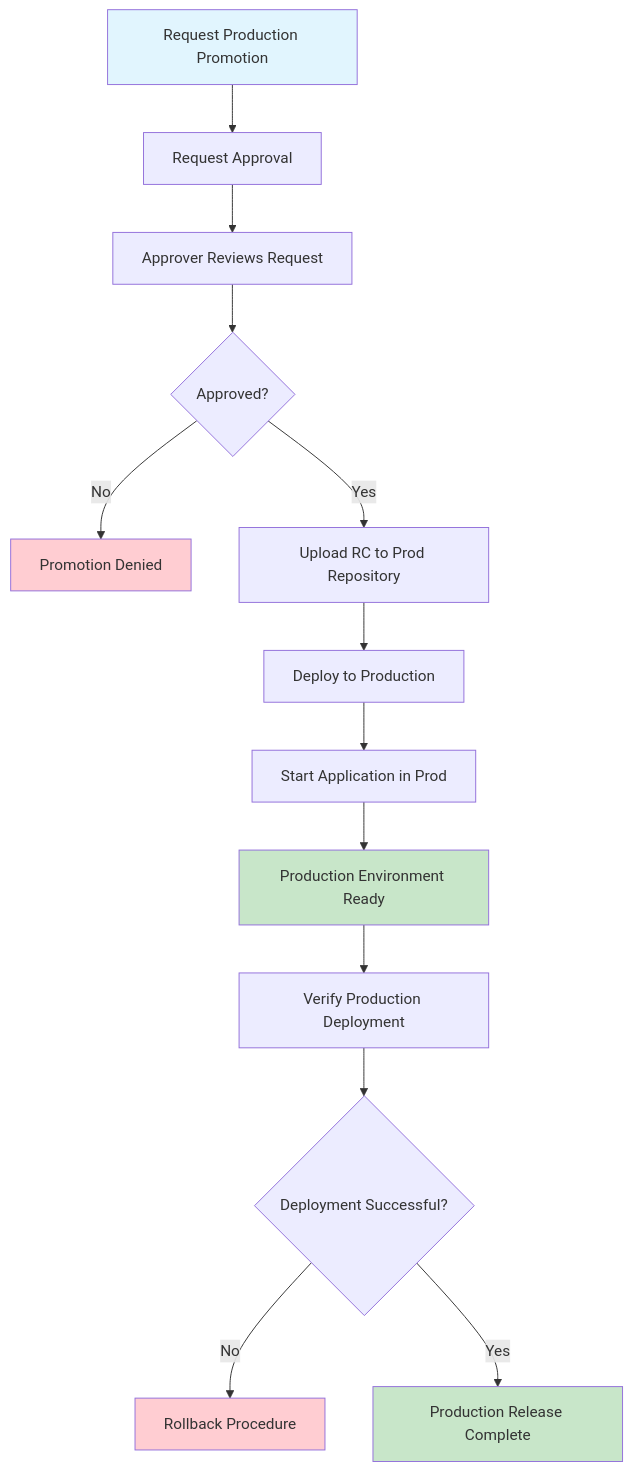
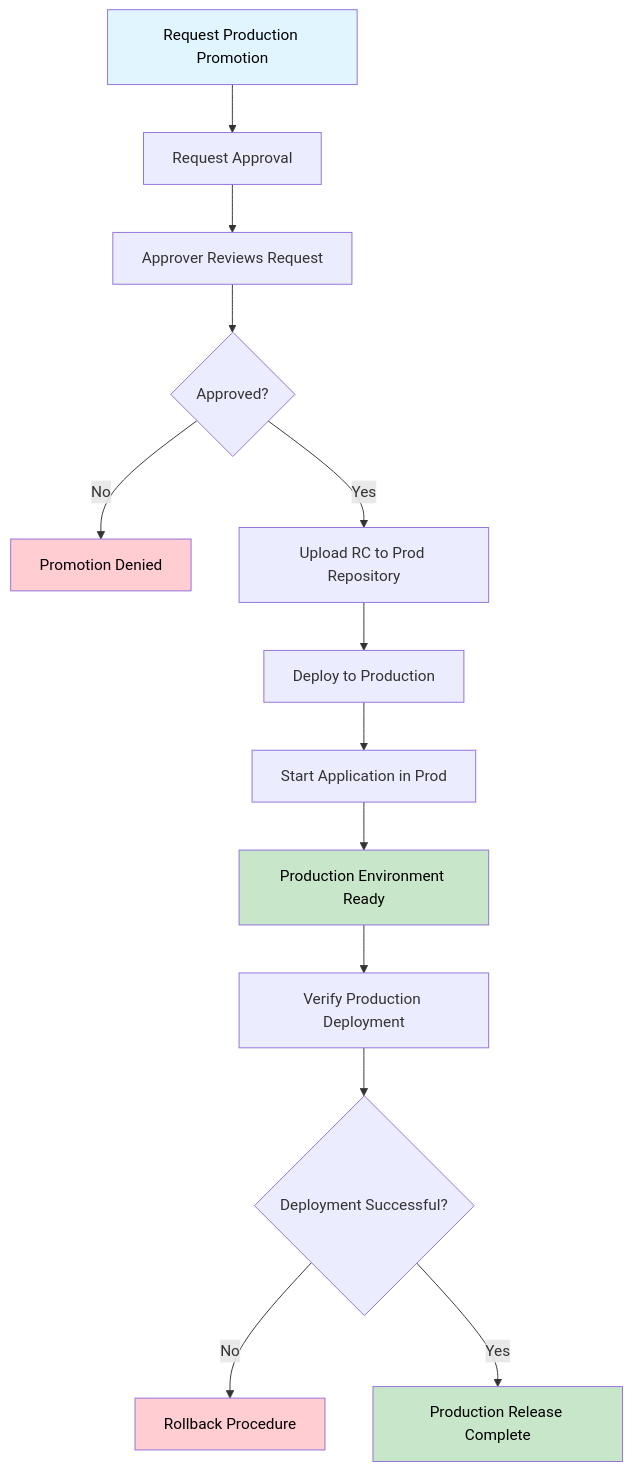
One commit to cdkovacs/gi-pov changed the third of 5 diagrams in deployment-flow.md. Above: the diagram before and after it, drawn with Mermaid. The commit also changed other lines of this file, not shown here.

Commit message:
Cleaned up flow diagram color contrast

````diff
--- a/deployment-flow.md
+++ b/deployment-flow.md
@@ -73,21 +73,21 @@
 ```mermaid
 flowchart TD
     A[Request Production Promotion] --> B[Request Approval]
     B --> C[Approver Reviews Request]
     C --> D{Approved?}
     D -->|No| E[Promotion Denied]
     D -->|Yes| F[Upload RC to Prod Repository]
     F --> G[Deploy to Production]
     G --> H[Start Application in Prod]
     H --> I[Production Environment Ready]
     I --> J[Verify Production Deployment]
     J --> K{Deployment Successful?}
     K -->|No| L[Rollback Procedure]
     K -->|Yes| M[Production Release Complete]
     
-    style A fill:#e1f5fe
-    style I fill:#c8e6c9
-    style M fill:#c8e6c9
-    style E fill:#ffcdd2
-    style L fill:#ffcdd2
+    style A fill:#e1f5fe,color:#000000
+    style I fill:#c8e6c9,color:#000000
+    style M fill:#c8e6c9,color:#000000
+    style E fill:#ffcdd2,color:#000000
+    style L fill:#ffcdd2,color:#000000
 ```
````
